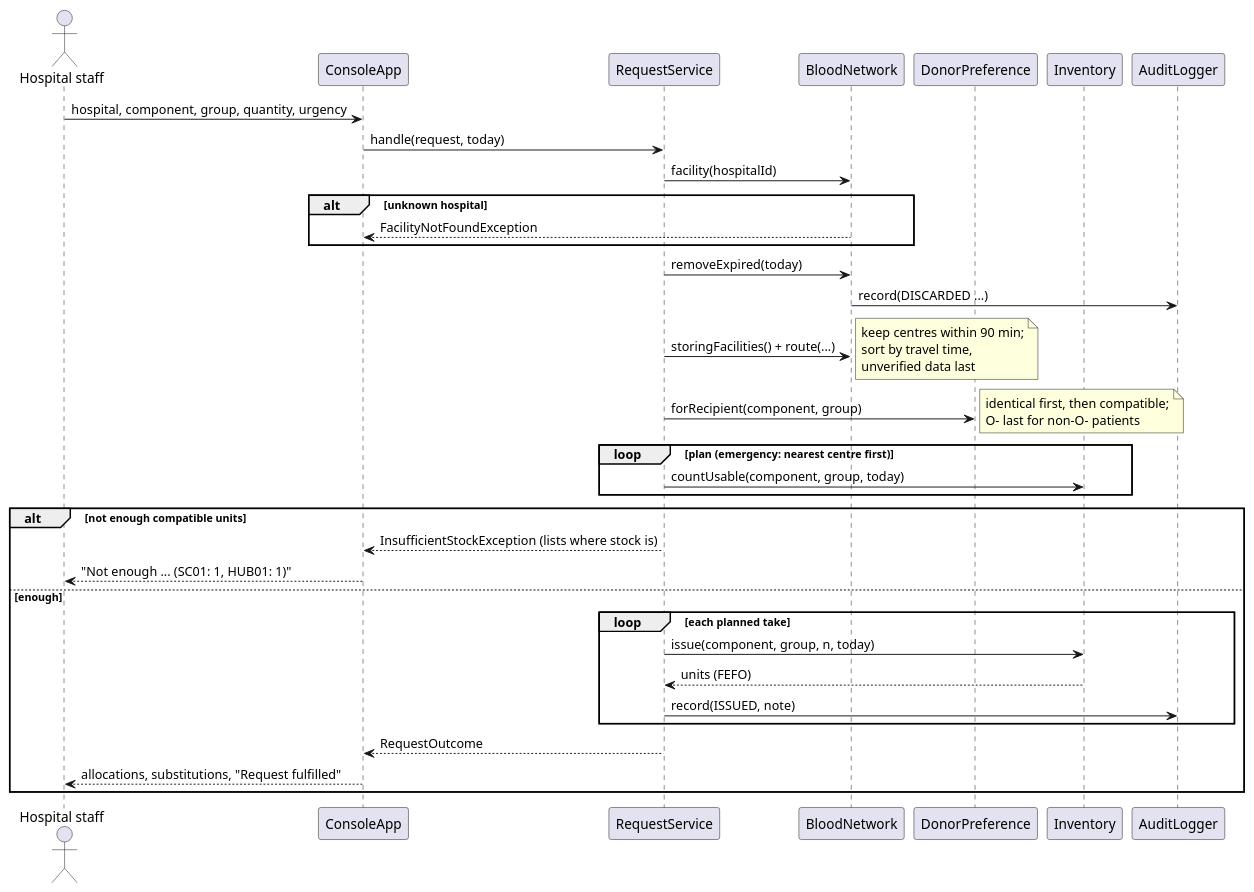
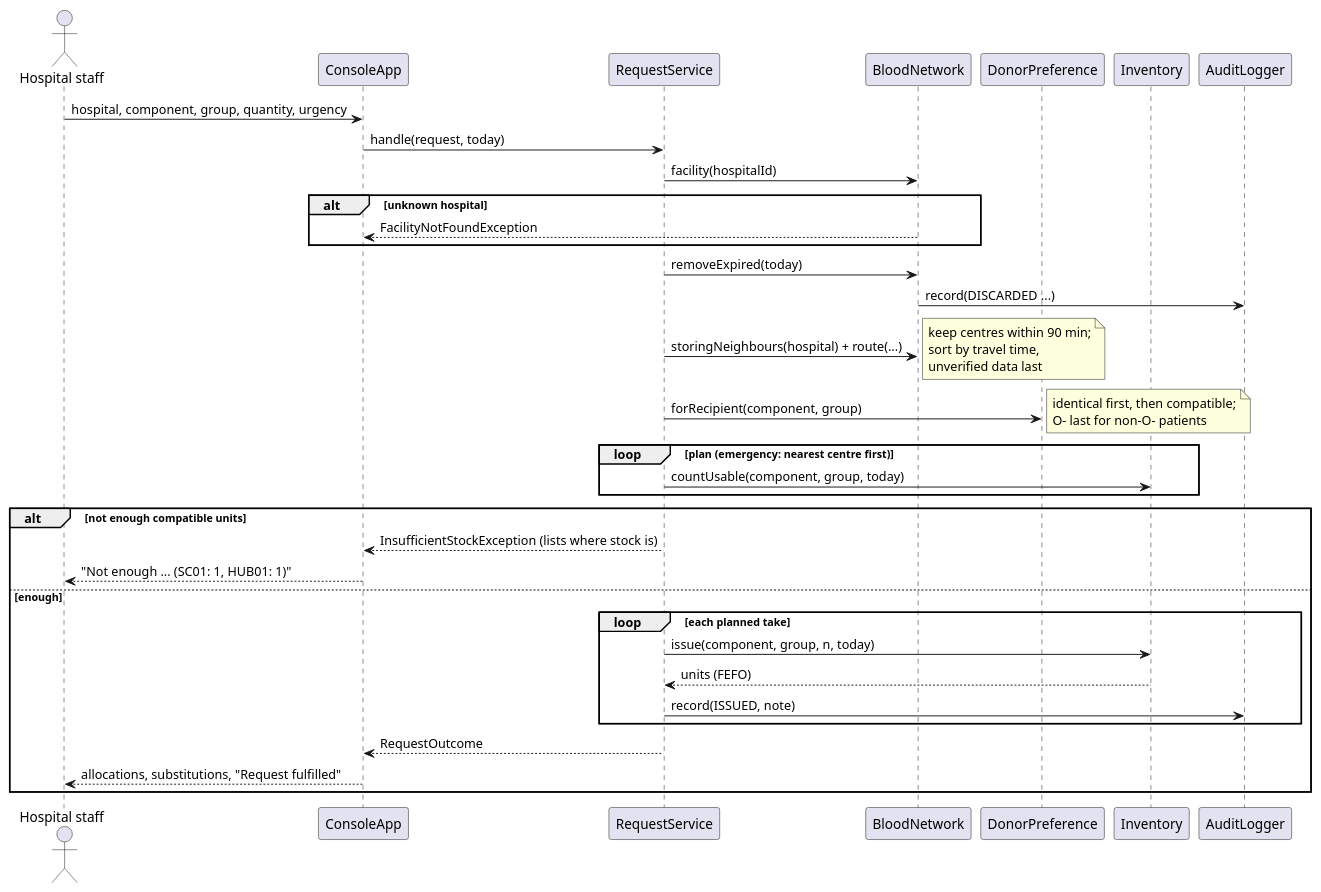
One commit to pritikakhandelwal/raktsetu changed the diagram in docs/uml/sequence-emergency-request.puml. Above: the diagram before and after it, drawn with PlantUML. The commit also changed 39 other files, not shown here.

```diff
--- a/docs/uml/sequence-emergency-request.puml
+++ b/docs/uml/sequence-emergency-request.puml
@@ -1,38 +1,38 @@
 @startuml sequence-emergency-request
 ' Emergency request flow (console option 4), end of Phase 1.
 actor "Hospital staff" as Staff
 participant ConsoleApp
 participant RequestService
 participant BloodNetwork
 participant DonorPreference
 participant Inventory
 participant AuditLogger
 
 Staff -> ConsoleApp : hospital, component, group, quantity, urgency
 ConsoleApp -> RequestService : handle(request, today)
 RequestService -> BloodNetwork : facility(hospitalId)
 alt unknown hospital
   BloodNetwork --> ConsoleApp : FacilityNotFoundException
 end
 RequestService -> BloodNetwork : removeExpired(today)
 BloodNetwork -> AuditLogger : record(DISCARDED ...)
-RequestService -> BloodNetwork : storingFacilities() + route(...)
+RequestService -> BloodNetwork : storingNeighbours(hospital) + route(...)
 note right : keep centres within 90 min;\nsort by travel time,\nunverified data last
 RequestService -> DonorPreference : forRecipient(component, group)
 note right : identical first, then compatible;\nO- last for non-O- patients
 loop plan (emergency: nearest centre first)
   RequestService -> Inventory : countUsable(component, group, today)
 end
 alt not enough compatible units
   RequestService --> ConsoleApp : InsufficientStockException (lists where stock is)
   ConsoleApp --> Staff : "Not enough ... (SC01: 1, HUB01: 1)"
 else enough
   loop each planned take
     RequestService -> Inventory : issue(component, group, n, today)
     Inventory --> RequestService : units (FEFO)
     RequestService -> AuditLogger : record(ISSUED, note)
   end
   RequestService --> ConsoleApp : RequestOutcome
   ConsoleApp --> Staff : allocations, substitutions, "Request fulfilled"
 end
 @enduml
```
